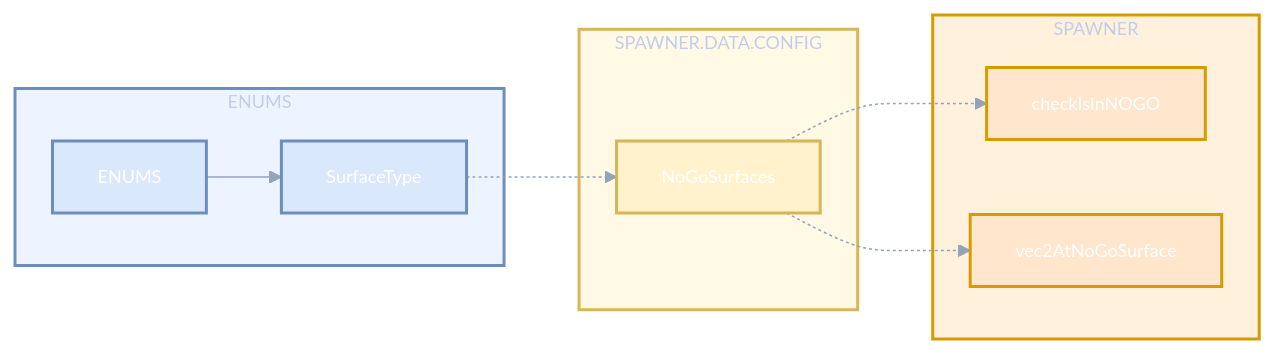
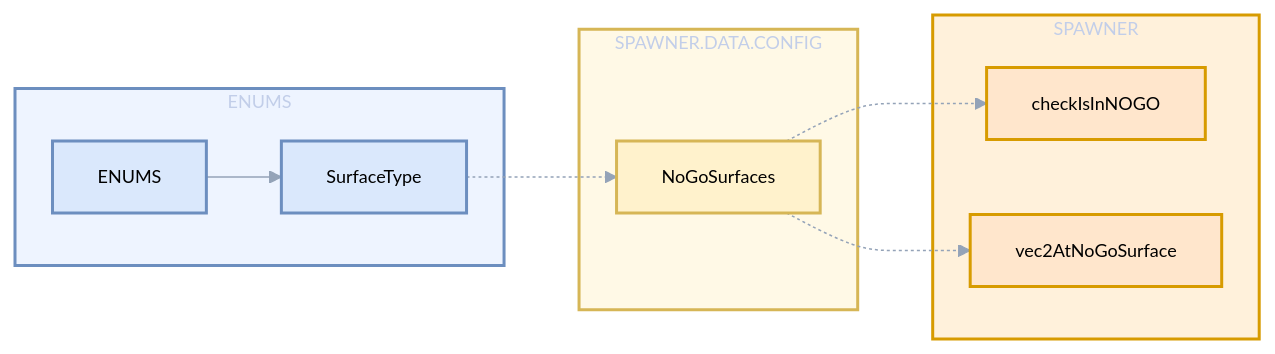
One commit to Gh0st352/AETHR changed the first of 2 diagrams in docs/enums/surface_types.md. Above: the diagram before and after it, drawn with Mermaid. The commit also changed 7 other files, not shown here.

First line of the commit message:
docs(enums): change mermaid primaryTextColor to black

````diff
--- a/docs/enums/surface_types.md
+++ b/docs/enums/surface_types.md
@@ -16,42 +16,42 @@
 ```mermaid
-%%{init: {"theme":"base", "themeVariables":{"primaryColor":"#0f172a","primaryTextColor":"#ffffff","lineColor":"#94a3b8","fontSize":"12px"}}}%%
+%%{init: {"theme":"base", "themeVariables":{"primaryColor":"#0f172a","primaryTextColor":"#000000ff","lineColor":"#94a3b8","fontSize":"12px"}}}%%
 flowchart LR
 
 %% Classes
 classDef enums fill:#dae8fc,stroke:#6c8ebf,stroke-width:2px;
 classDef config fill:#fff2cc,stroke:#d6b656,stroke-width:2px;
 classDef spawner fill:#ffe6cc,stroke:#d79b00,stroke-width:2px;
 
 %% ENUMS
 subgraph sgEnums [ENUMS]
   EN[ENUMS]
   ST[SurfaceType]
 end
 
 %% CONFIG
 subgraph sgCfg [SPAWNER.DATA.CONFIG]
   NGS[NoGoSurfaces]
 end
 
 %% SPAWNER
 subgraph sgSp [SPAWNER]
   NG1[checkIsInNOGO]
   NG2[vec2AtNoGoSurface]
 end
 
 %% Edges
 EN --> ST
 ST -.-> NGS
 NGS -.-> NG1
 NGS -.-> NG2
 
 %% Class applications
 class EN,ST enums
 class NGS config
 class NG1,NG2 spawner
 
 %% Styles
 style sgEnums fill:#eef4ff,stroke:#6c8ebf,stroke-width:2px
 style sgCfg fill:#fff9e6,stroke:#d6b656,stroke-width:2px
 style sgSp fill:#fff1db,stroke:#d79b00,stroke-width:2px
 ```
````
